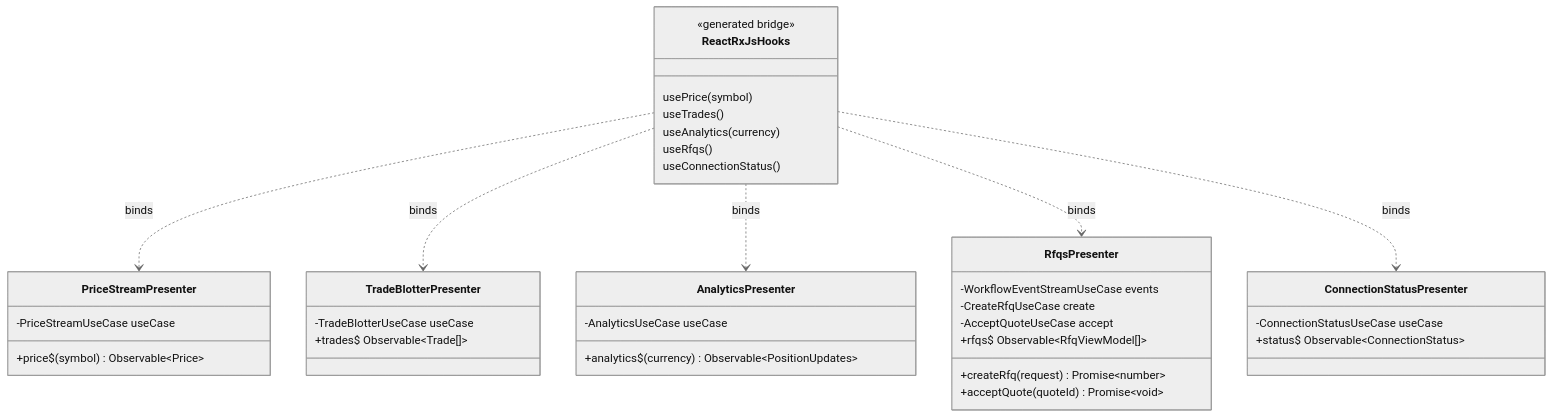
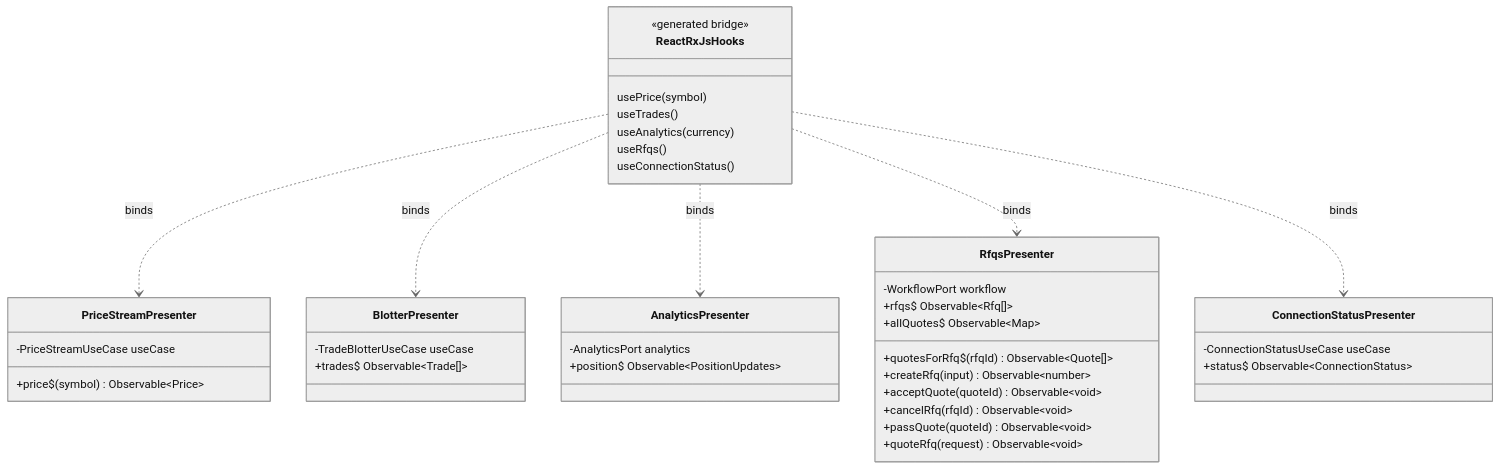
The tenth of 18 diagrams in docs/architecture.md (bettersoftware-io/ReactiveTraderCloudClone), drawn with Mermaid (neutral theme) before and after one commit. The commit also changed other lines of this file and 5 other files, not shown here.

````diff
--- a/docs/architecture.md
+++ b/docs/architecture.md
@@ -653,48 +672,51 @@
 ```mermaid
 classDiagram
     direction TB
 
     class PriceStreamPresenter {
         -PriceStreamUseCase useCase
         +price$(symbol) Observable~Price~
     }
 
-    class TradeBlotterPresenter {
+    class BlotterPresenter {
         -TradeBlotterUseCase useCase
         +trades$ Observable~Trade[]~
     }
 
     class AnalyticsPresenter {
-        -AnalyticsUseCase useCase
-        +analytics$(currency) Observable~PositionUpdates~
+        -AnalyticsPort analytics
+        +position$ Observable~PositionUpdates~
     }
 
     class RfqsPresenter {
-        -WorkflowEventStreamUseCase events
-        -CreateRfqUseCase create
-        -AcceptQuoteUseCase accept
-        +rfqs$ Observable~RfqViewModel[]~
-        +createRfq(request) Promise~number~
-        +acceptQuote(quoteId) Promise~void~
+        -WorkflowPort workflow
+        +rfqs$ Observable~Rfq[]~
+        +allQuotes$ Observable~Map~
+        +quotesForRfq$(rfqId) Observable~Quote[]~
+        +createRfq(input) Observable~number~
+        +acceptQuote(quoteId) Observable~void~
+        +cancelRfq(rfqId) Observable~void~
+        +passQuote(quoteId) Observable~void~
+        +quoteRfq(request) Observable~void~
     }
 
     class ConnectionStatusPresenter {
         -ConnectionStatusUseCase useCase
         +status$ Observable~ConnectionStatus~
     }
 
     class ReactRxJsHooks {
         <<generated bridge>>
         usePrice(symbol)
         useTrades()
         useAnalytics(currency)
         useRfqs()
         useConnectionStatus()
     }
 
     ReactRxJsHooks ..> PriceStreamPresenter : binds
-    ReactRxJsHooks ..> TradeBlotterPresenter : binds
+    ReactRxJsHooks ..> BlotterPresenter : binds
     ReactRxJsHooks ..> AnalyticsPresenter : binds
     ReactRxJsHooks ..> RfqsPresenter : binds
     ReactRxJsHooks ..> ConnectionStatusPresenter : binds
 ```
````
